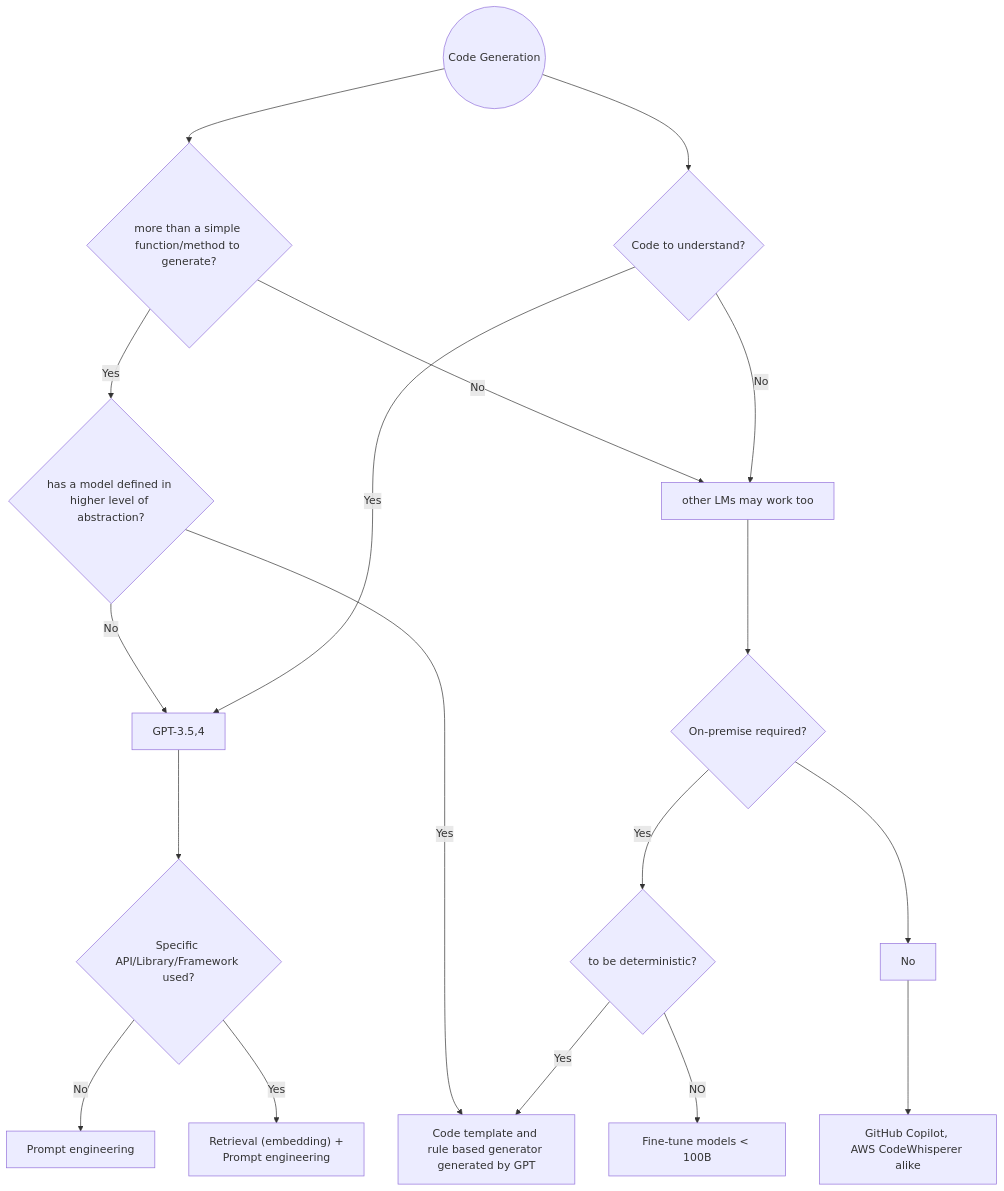
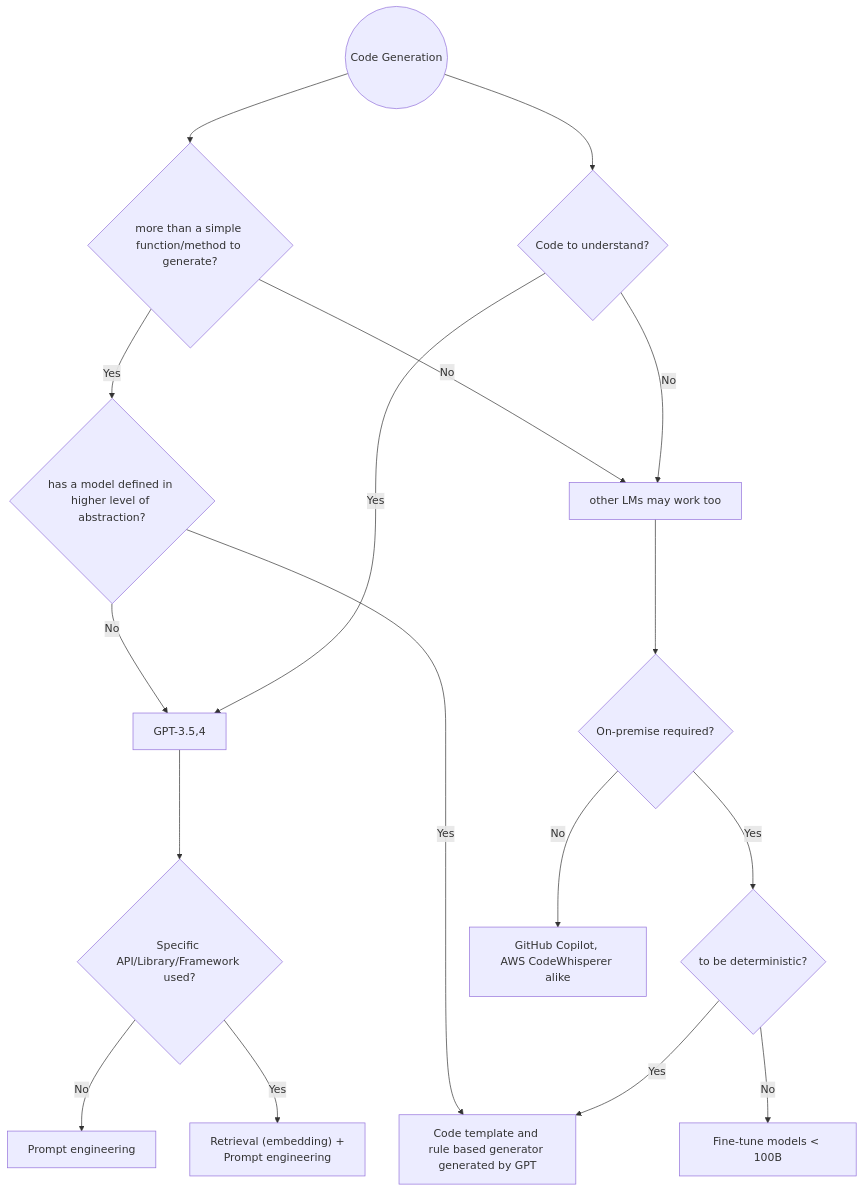
The diagram in Code-LLM-alternatives.md (AI-LLM/ai-llm.github.io), drawn with Mermaid before and after one commit.

````diff
--- a/Code-LLM-alternatives.md
+++ b/Code-LLM-alternatives.md
@@ -420,19 +420,19 @@
 ```mermaid
 graph TD;
     S((Code Generation))-->Q1{"more than a simple \nfunction/method to generate?"};
     S-->Q2{Code to understand?};
     Q1 -- Yes --> Q1a{"has a model defined in \nhigher level of abstraction?"}
     Q1a -- No --> P1[GPT-3.5,4];
     Q1a -- Yes --> P21
     Q1 -- No -->P2[other LMs may work too];
     Q2 -- Yes -->P1[GPT-3.5,4];
     Q2 -- No -->P2;
     P1 --> Q3{"Specific \nAPI/Library/Framework used?"};
     Q3 -- No -->P10[Prompt engineering];
     Q3 -- Yes -->P11["Retrieval (embedding) + \nPrompt engineering"];
     P2 --> Q4{On-premise required?};
     Q4 -- Yes --> Q5{to be deterministic?};
-    Q4 --> No --> P23["GitHub Copilot, \nAWS CodeWhisperer alike"]
+    Q4 -- No --> P23["GitHub Copilot, \nAWS CodeWhisperer alike"]
     Q5 -- Yes --> P21["Code template and \nrule based generator generated by GPT"]
-    Q5 -- NO --> P22[Fine-tune models < 100B]
+    Q5 -- No --> P22[Fine-tune models < 100B]
 ```
````
